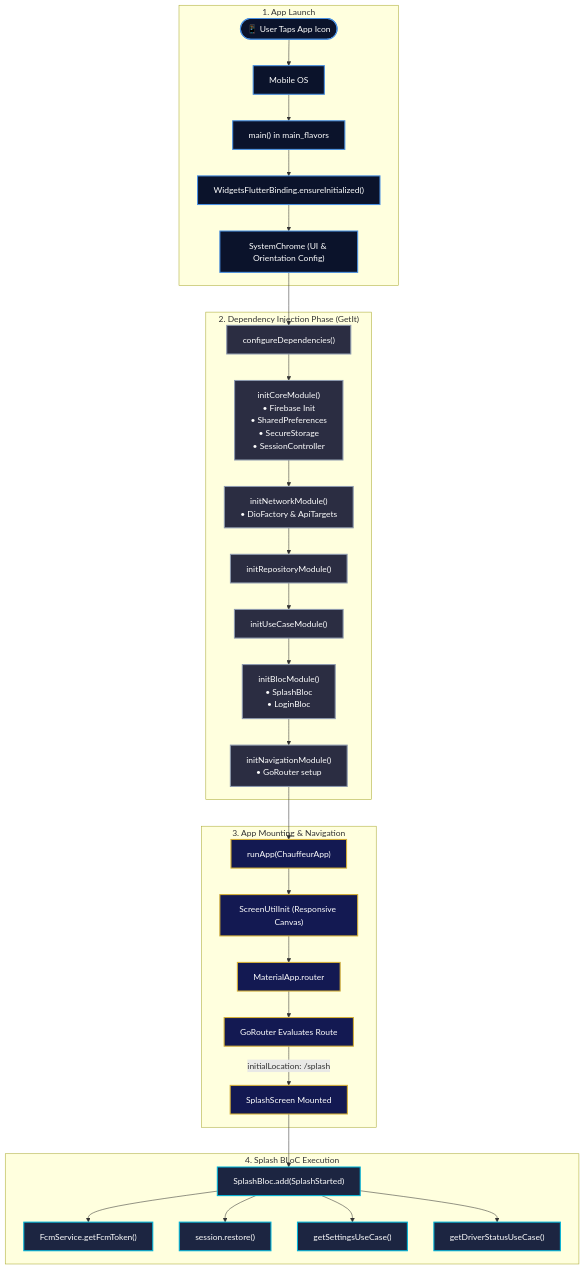
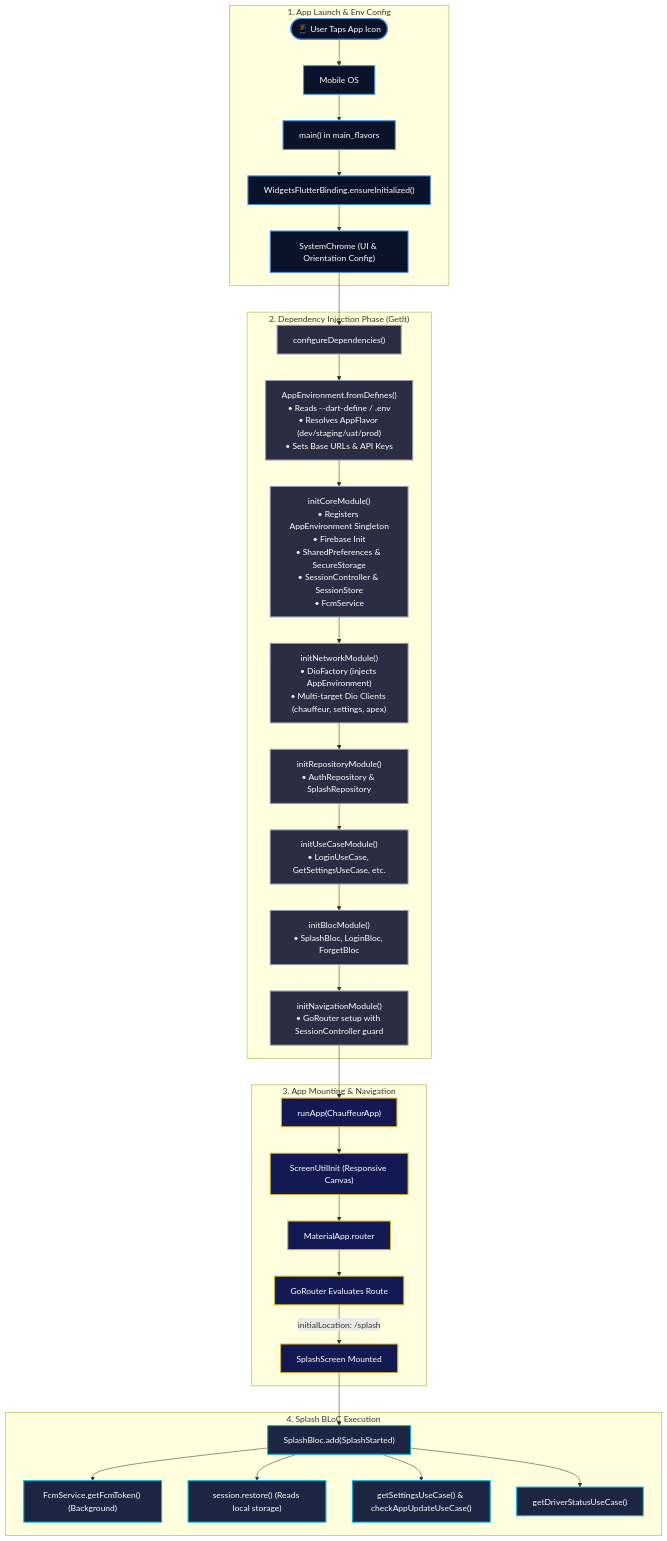
Before and after one commit to eng-ahmed-younis/Chauffeur-Hub: the first of 3 diagrams in README.md, drawn with Mermaid.

Commit message:
docs: update README with app startup sequence and dependency injection flow

````diff
--- a/README.md
+++ b/README.md
@@ -169,46 +169,51 @@
 ```mermaid
 flowchart TD
-    subgraph Launch ["1. App Launch"]
+    subgraph Launch ["1. App Launch & Env Config"]
         User(["📱 User Taps App Icon"]) --> OS["Mobile OS"]
         OS --> Main["main() in main_flavors"]
         Main --> InitBind["WidgetsFlutterBinding.ensureInitialized()"]
         InitBind --> SysUI["SystemChrome (UI & Orientation Config)"]
     end
 
     subgraph DI ["2. Dependency Injection Phase (GetIt)"]
         SysUI --> ConfigDI["configureDependencies()"]
-        ConfigDI --> CoreMod["initCoreModule()<br>• Firebase Init<br>• SharedPreferences<br>• SecureStorage<br>• SessionController"]
-        CoreMod --> NetMod["initNetworkModule()<br>• DioFactory & ApiTargets"]
-        NetMod --> RepoMod["initRepositoryModule()"]
-        RepoMod --> UCMod["initUseCaseModule()"]
-        UCMod --> BlocMod["initBlocModule()<br>• SplashBloc<br>• LoginBloc"]
-        BlocMod --> NavMod["initNavigationModule()<br>• GoRouter setup"]
+        
+        ConfigDI --> EnvLoad["AppEnvironment.fromDefines()<br>• Reads --dart-define / .env<br>• Resolves AppFlavor (dev/staging/uat/prod)<br>• Sets Base URLs & API Keys"]
+        
+        EnvLoad --> CoreMod["initCoreModule()<br>• Registers AppEnvironment Singleton<br>• Firebase Init<br>• SharedPreferences & SecureStorage<br>• SessionController & SessionStore<br>• FcmService"]
+        
+        CoreMod --> NetMod["initNetworkModule()<br>• DioFactory (injects AppEnvironment)<br>• Multi-target Dio Clients (chauffeur, settings, apex)"]
+        
+        NetMod --> RepoMod["initRepositoryModule()<br>• AuthRepository & SplashRepository"]
+        RepoMod --> UCMod["initUseCaseModule()<br>• LoginUseCase, GetSettingsUseCase, etc."]
+        UCMod --> BlocMod["initBlocModule()<br>• SplashBloc, LoginBloc, ForgetBloc"]
+        BlocMod --> NavMod["initNavigationModule()<br>• GoRouter setup with SessionController guard"]
     end
 
     subgraph AppRun ["3. App Mounting & Navigation"]
         NavMod --> RunApp["runApp(ChauffeurApp)"]
         RunApp --> ScreenUtil["ScreenUtilInit (Responsive Canvas)"]
         ScreenUtil --> MatApp["MaterialApp.router"]
         MatApp --> RouterEval["GoRouter Evaluates Route"]
         RouterEval -->|initialLocation: /splash| SplashUI["SplashScreen Mounted"]
     end
 
     subgraph SplashExec ["4. Splash BLoC Execution"]
         SplashUI --> SplashBlocEv["SplashBloc.add(SplashStarted)"]
-        SplashBlocEv --> FCM["FcmService.getFcmToken()"]
-        SplashBlocEv --> Restore["session.restore()"]
-        SplashBlocEv --> Settings["getSettingsUseCase()"]
+        SplashBlocEv --> FCM["FcmService.getFcmToken() (Background)"]
+        SplashBlocEv --> Restore["session.restore() (Reads local storage)"]
+        SplashBlocEv --> Settings["getSettingsUseCase() & checkAppUpdateUseCase()"]
         SplashBlocEv --> Status["getDriverStatusUseCase()"]
     end
 
     %% Styling
     classDef launch fill:#0B132B,stroke:#4A90E2,stroke-width:2px,color:#FFFFFF;
     classDef di fill:#2B2D42,stroke:#8D99AE,stroke-width:2px,color:#FFFFFF;
     classDef app fill:#131952,stroke:#D4AF37,stroke-width:2px,color:#FFFFFF;
     classDef exec fill:#1C2541,stroke:#00B4D8,stroke-width:2px,color:#FFFFFF;
 
     class User,OS,Main,InitBind,SysUI launch;
-    class ConfigDI,CoreMod,NetMod,RepoMod,UCMod,BlocMod,NavMod di;
+    class ConfigDI,EnvLoad,CoreMod,NetMod,RepoMod,UCMod,BlocMod,NavMod di;
     class RunApp,ScreenUtil,MatApp,RouterEval,SplashUI app;
     class SplashBlocEv,FCM,Restore,Settings,Status exec;
 ```
````
